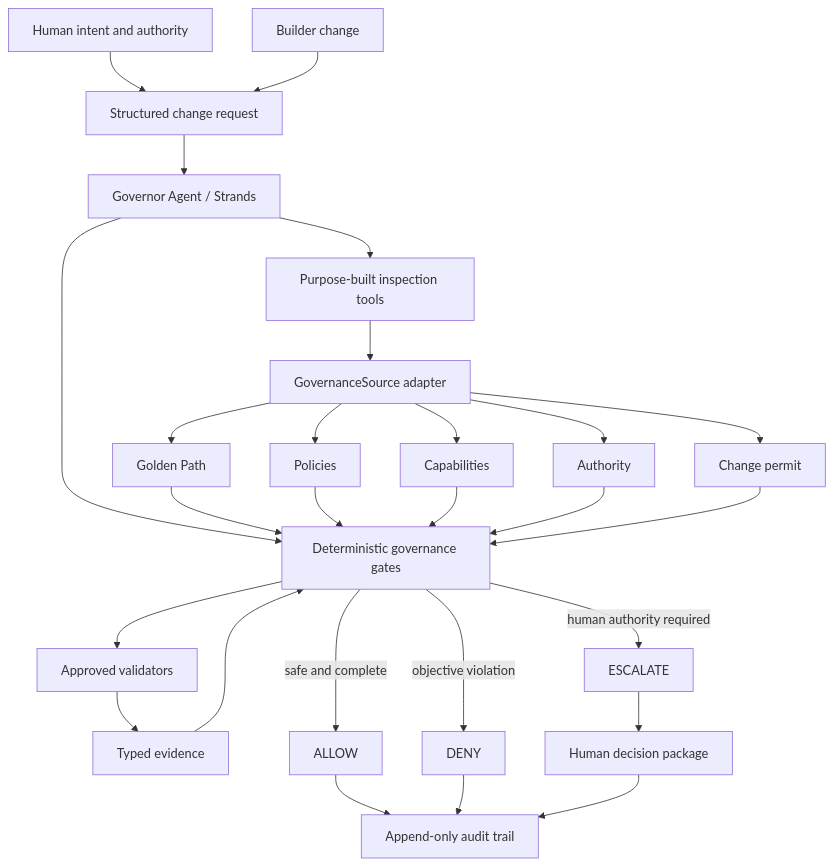
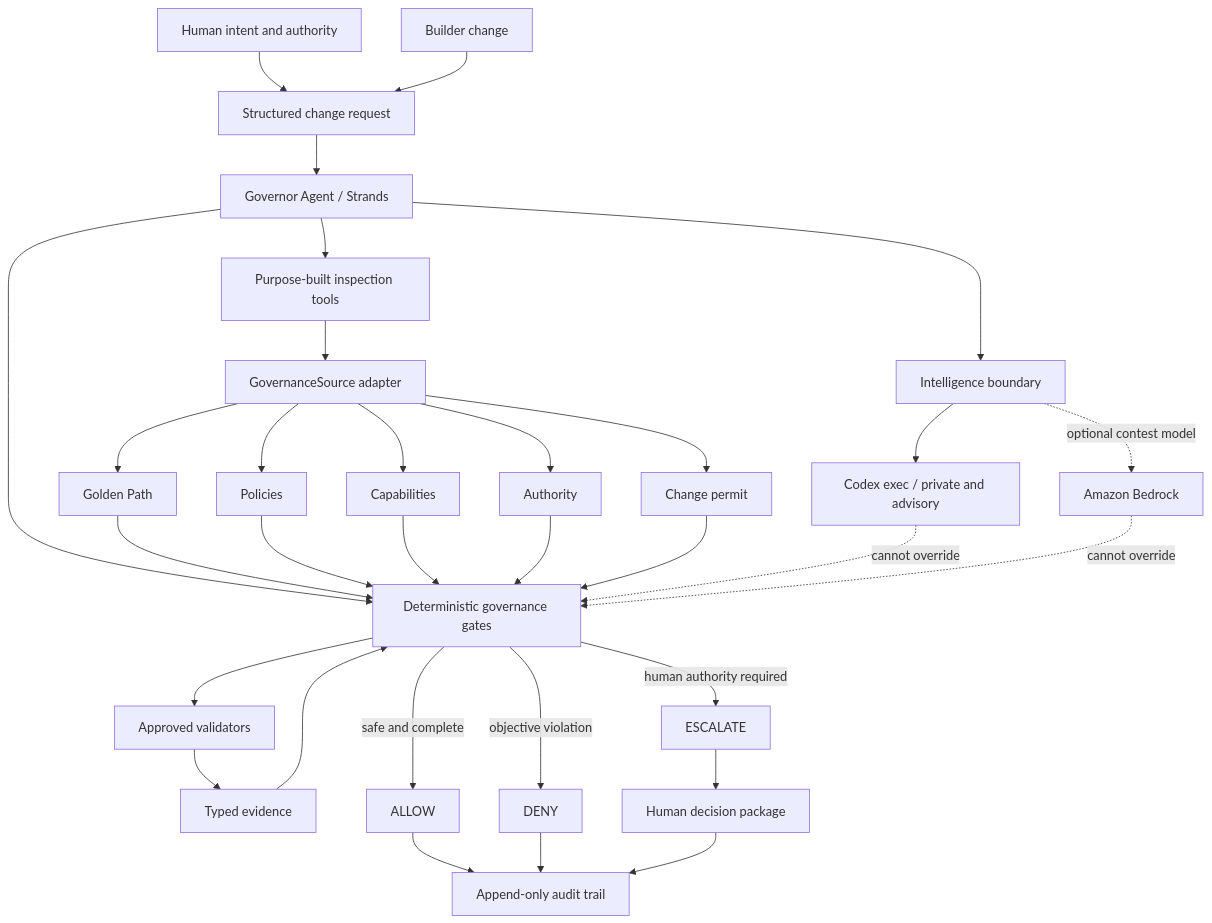
The diagram in docs/architecture/ARCHITECTURE.md (gonuzzz-collab/governor-agent), drawn with Mermaid before and after one commit. The commit also changed other lines of this file and 20 other files, not shown here.

Commit message:
feat: add private Codex advisory intelligence boundary

````diff
--- a/docs/architecture/ARCHITECTURE.md
+++ b/docs/architecture/ARCHITECTURE.md
@@ -5,29 +6,34 @@
 ```mermaid
 flowchart TD
     H[Human intent and authority] --> R[Structured change request]
     B[Builder change] --> R
     R --> A[Governor Agent / Strands]
     A --> T[Purpose-built inspection tools]
+    A --> I[Intelligence boundary]
+    I --> CI[Codex exec / private and advisory]
+    I -. optional contest model .-> BM[Amazon Bedrock]
     T --> G[GovernanceSource adapter]
     G --> GP[Golden Path]
     G --> P[Policies]
     G --> C[Capabilities]
     G --> AU[Authority]
     G --> CP[Change permit]
     A --> D[Deterministic governance gates]
     GP --> D
     P --> D
     C --> D
     AU --> D
     CP --> D
     D --> V[Approved validators]
     V --> E[Typed evidence]
     E --> D
     D -->|safe and complete| AL[ALLOW]
     D -->|objective violation| DE[DENY]
     D -->|human authority required| ES[ESCALATE]
     AL --> AT[Append-only audit trail]
     DE --> AT
     ES --> HD[Human decision package]
     HD --> AT
+    CI -. cannot override .-> D
+    BM -. cannot override .-> D
 ```
````
